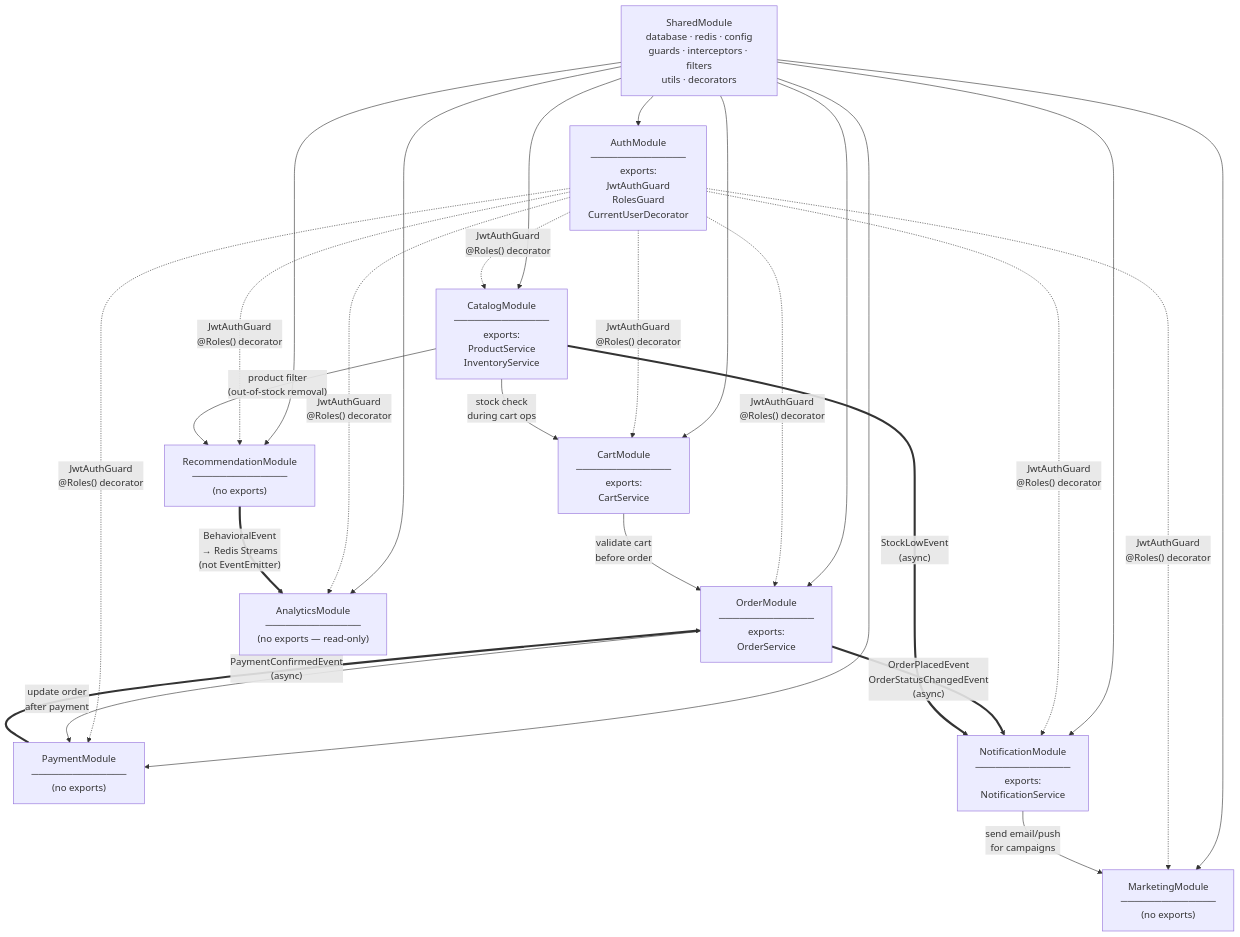
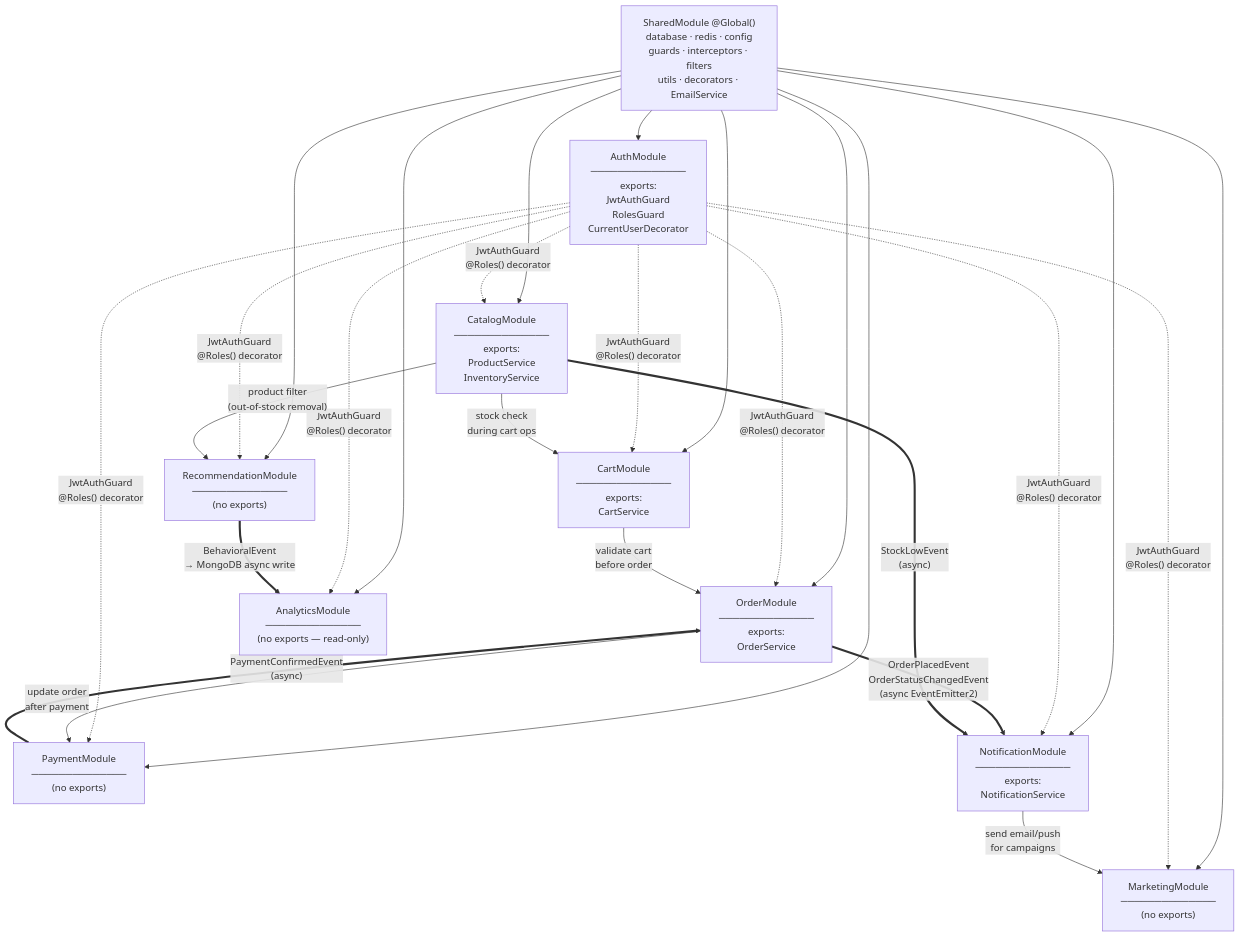
Before and after one commit to Neil-06-hub/SMART-ECOMMERCE-AI-SYSTEM-WORKFLOW-PUBLIC: the diagram in docs/MODULE_STRUCTURE.md, drawn with Mermaid. The commit also changed other lines of this file and 3 other files, not shown here.

````diff
--- a/docs/MODULE_STRUCTURE.md
+++ b/docs/MODULE_STRUCTURE.md
@@ -224,41 +226,37 @@
 ```mermaid
 graph TD
-    SM["SharedModule\ndatabase · redis · config\nguards · interceptors · filters\nutils · decorators"]
+    SM["SharedModule @Global()\ndatabase · redis · config\nguards · interceptors · filters\nutils · decorators · EmailService"]
 
     AM["AuthModule\n──────────────\nexports:\n  JwtAuthGuard\n  RolesGuard\n  CurrentUserDecorator"]
 
     CM["CatalogModule\n──────────────\nexports:\n  ProductService\n  InventoryService"]
 
     CartM["CartModule\n──────────────\nexports:\n  CartService"]
 
     OM["OrderModule\n──────────────\nexports:\n  OrderService"]
 
     PM["PaymentModule\n──────────────\n(no exports)"]
 
     RM["RecommendationModule\n──────────────\n(no exports)"]
 
     MM["MarketingModule\n──────────────\n(no exports)"]
 
     NM["NotificationModule\n──────────────\nexports:\n  NotificationService"]
 
     AnM["AnalyticsModule\n──────────────\n(no exports — read-only)"]
 
-    %% SharedModule → all
     SM --> AM & CM & CartM & OM & PM & RM & MM & NM & AnM
 
-    %% Auth guards (dotted = decorator-based, no module import needed)
     AM -. "JwtAuthGuard\n@Roles() decorator" .-> CM & CartM & OM & PM & RM & MM & NM & AnM
 
-    %% Feature imports (solid = NestJS module import)
     CM -->|"stock check\nduring cart ops"| CartM
     CartM -->|"validate cart\nbefore order"| OM
     OM -->|"update order\nafter payment"| PM
     CM -->|"product filter\n(out-of-stock removal)"| RM
     NM -->|"send email/push\nfor campaigns"| MM
 
-    %% Async domain events (EventEmitter2 — decoupled, no module import)
-    OM == "OrderPlacedEvent\nOrderStatusChangedEvent\n(async)" ==> NM
+    OM == "OrderPlacedEvent\nOrderStatusChangedEvent\n(async EventEmitter2)" ==> NM
     PM == "PaymentConfirmedEvent\n(async)" ==> OM
     CM == "StockLowEvent\n(async)" ==> NM
-    RM == "BehavioralEvent\n→ Redis Streams\n(not EventEmitter)" ==> AnM
+    RM == "BehavioralEvent\n→ MongoDB async write" ==> AnM
 ```
````
